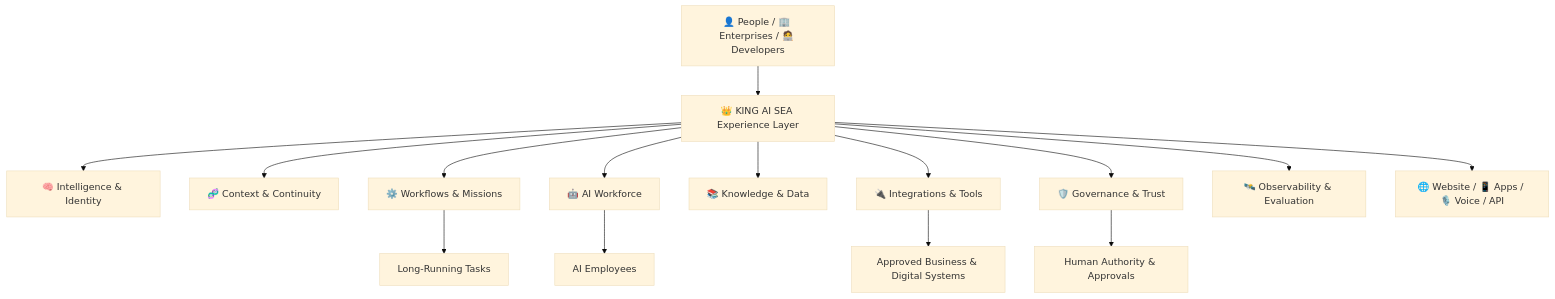
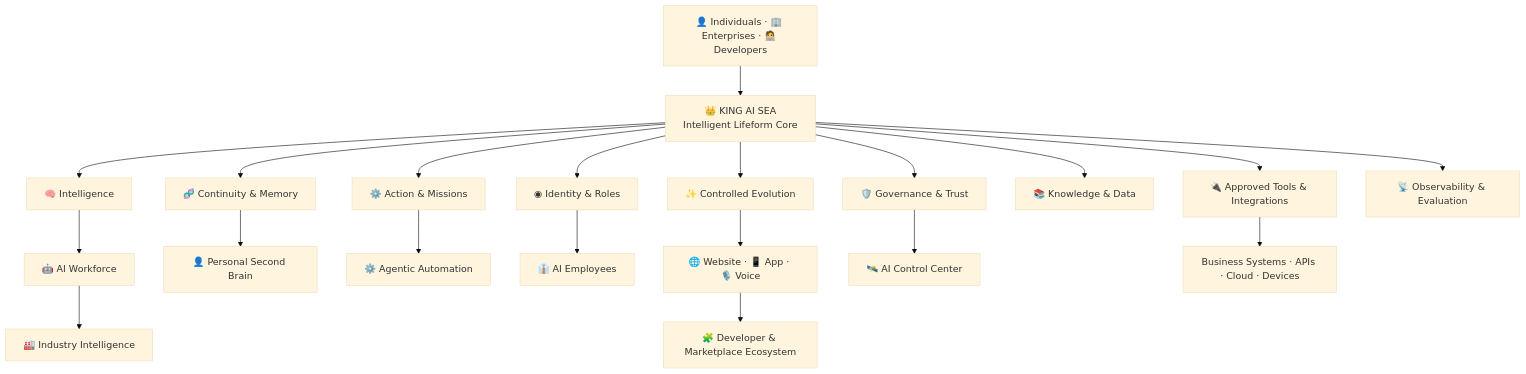
The diagram in docs/PUBLIC-ARCHITECTURE.md (kingaiwork/KINGAIASE-public), drawn with Mermaid (base theme) before and after one commit. The commit also changed other lines of this file, not shown here.

Commit message:
center public architecture on intelligent lifeform core

````diff
--- a/docs/PUBLIC-ARCHITECTURE.md
+++ b/docs/PUBLIC-ARCHITECTURE.md
@@ -14,17 +19,29 @@
 ```mermaid
 flowchart TB
-    U[👤 People / 🏢 Enterprises / 🧑‍💻 Developers] --> P[👑 KING AI SEA Experience Layer]
-    P --> I[🧠 Intelligence & Identity]
-    P --> C[🧬 Context & Continuity]
-    P --> W[⚙️ Workflows & Missions]
-    P --> A[🤖 AI Workforce]
-    P --> K[📚 Knowledge & Data]
-    P --> X[🔌 Integrations & Tools]
-    P --> G[🛡️ Governance & Trust]
-    P --> O[🛰️ Observability & Evaluation]
-    P --> D[🌐 Website / 📱 Apps / 🎙️ Voice / API]
-    A --> AE[AI Employees]
-    W --> LT[Long-Running Tasks]
-    X --> SYS[Approved Business & Digital Systems]
-    G --> H[Human Authority & Approvals]
+    U[👤 Individuals · 🏢 Enterprises · 🧑‍💻 Developers]
+
+    U --> SEA[👑 KING AI SEA
+Intelligent Lifeform Core]
+
+    SEA --> INT[🧠 Intelligence]
+    SEA --> MEM[🧬 Continuity & Memory]
+    SEA --> ID[◉ Identity & Roles]
+    SEA --> ACT[⚙️ Action & Missions]
+    SEA --> EVO[✨ Controlled Evolution]
+    SEA --> GOV[🛡️ Governance & Trust]
+
+    INT --> WF[🤖 AI Workforce]
+    MEM --> PAI[👤 Personal Second Brain]
+    ACT --> AUTO[⚙️ Agentic Automation]
+    ID --> EMP[👔 AI Employees]
+    EVO --> EXP[🌐 Website · 📱 App · 🎙️ Voice]
+    GOV --> CTRL[🛰️ AI Control Center]
+
+    SEA --> KNOW[📚 Knowledge & Data]
+    SEA --> TOOL[🔌 Approved Tools & Integrations]
+    SEA --> OBS[📡 Observability & Evaluation]
+
+    WF --> IND[🏭 Industry Intelligence]
+    TOOL --> SYS[Business Systems · APIs · Cloud · Devices]
+    EXP --> ECO[🧩 Developer & Marketplace Ecosystem]
 ```
````
